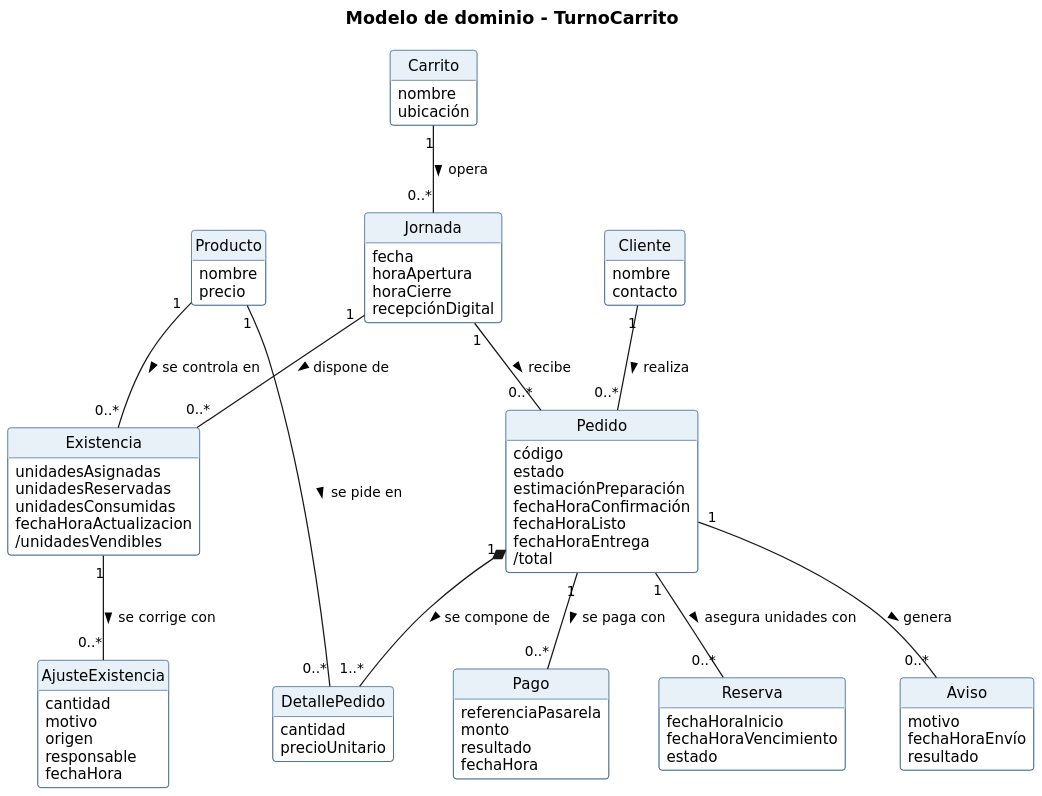
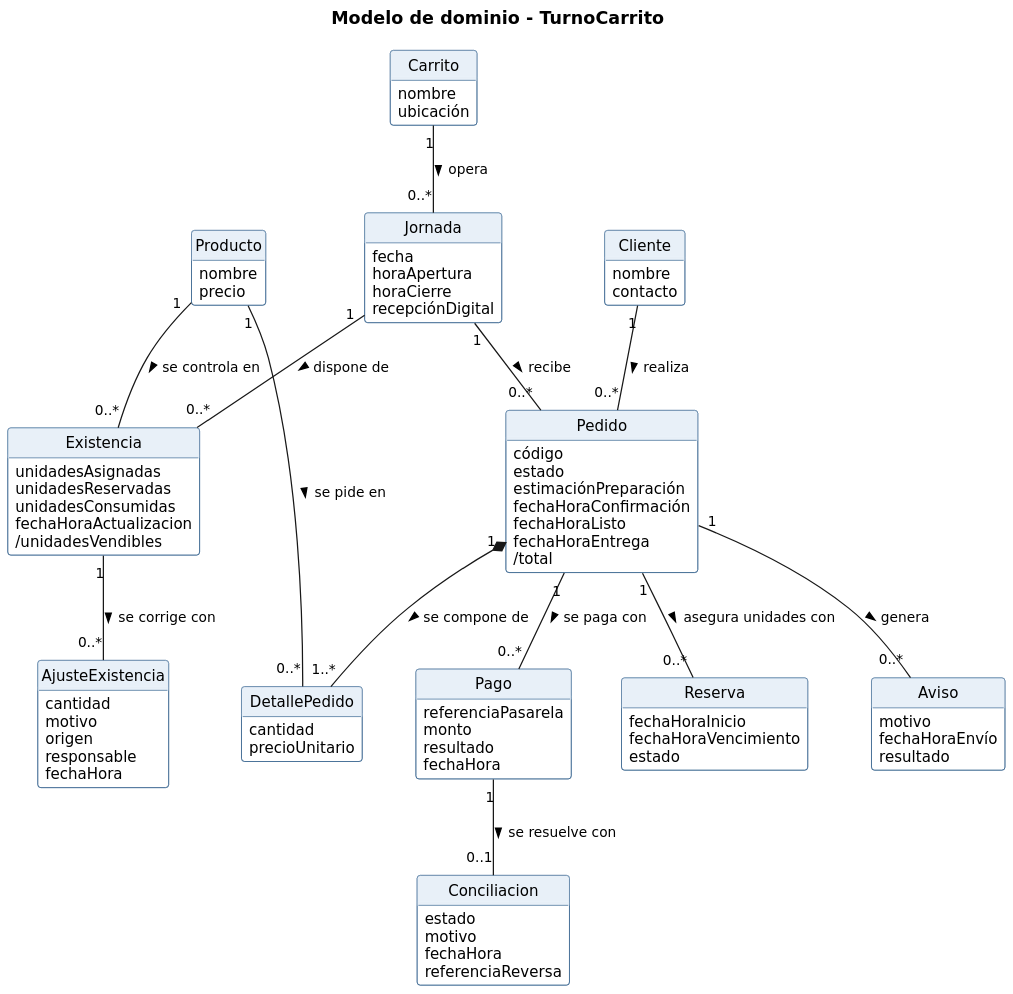
One commit to Sysfood/OptimizacionCarrito changed the diagram in diagramas/modelo-dominio.puml. Above: the diagram before and after it, drawn with PlantUML.

```diff
--- a/diagramas/modelo-dominio.puml
+++ b/diagramas/modelo-dominio.puml
@@ -1,104 +1,112 @@
 @startuml modelo-dominio
 title Modelo de dominio - TurnoCarrito
 
 hide circle
 hide methods
 skinparam classAttributeIconSize 0
 skinparam shadowing false
 skinparam dpi 160
 skinparam defaultFontName DejaVu Sans
 skinparam defaultFontSize 12
 skinparam ArrowFontSize 11
 skinparam class {
   BackgroundColor #FFFFFF
   BorderColor #2F5D8A
   HeaderBackgroundColor #E8F0F8
 }
 skinparam nodesep 40
 skinparam ranksep 55
 
 class Carrito {
   nombre
   ubicación
 }
 
 class Jornada {
   fecha
   horaApertura
   horaCierre
   recepciónDigital
 }
 
 class Producto {
   nombre
   precio
 }
 
 class Existencia {
   unidadesAsignadas
   unidadesReservadas
   unidadesConsumidas
   fechaHoraActualizacion
   /unidadesVendibles
 }
 
 class AjusteExistencia {
   cantidad
   motivo
   origen
   responsable
   fechaHora
 }
 
 class Cliente {
   nombre
   contacto
 }
 
 class Pedido {
   código
   estado
   estimaciónPreparación
   fechaHoraConfirmación
   fechaHoraListo
   fechaHoraEntrega
   /total
 }
 
 class DetallePedido {
   cantidad
   precioUnitario
 }
 
 class Pago {
   referenciaPasarela
   monto
   resultado
   fechaHora
 }
 
 class Reserva {
   fechaHoraInicio
   fechaHoraVencimiento
   estado
 }
 
+class Conciliacion {
+  estado
+  motivo
+  fechaHora
+  referenciaReversa
+}
+
 class Aviso {
   motivo
   fechaHoraEnvío
   resultado
 }
 
 Carrito "1" -- "0..*" Jornada : opera >
 Jornada "1" -- "0..*" Existencia : dispone de >
 Producto "1" -- "0..*" Existencia : se controla en >
 Existencia "1" -- "0..*" AjusteExistencia : se corrige con >
 Cliente "1" -- "0..*" Pedido : realiza >
 Jornada "1" -- "0..*" Pedido : recibe >
 Pedido "1" *-- "1..*" DetallePedido : se compone de >
 Producto "1" -- "0..*" DetallePedido : se pide en >
 Pedido "1" -- "0..*" Pago : se paga con >
 Pedido "1" -- "0..*" Reserva : asegura unidades con >
 Pedido "1" -- "0..*" Aviso : genera >
+Pago "1" -- "0..1" Conciliacion : se resuelve con >
 
 @enduml
```
